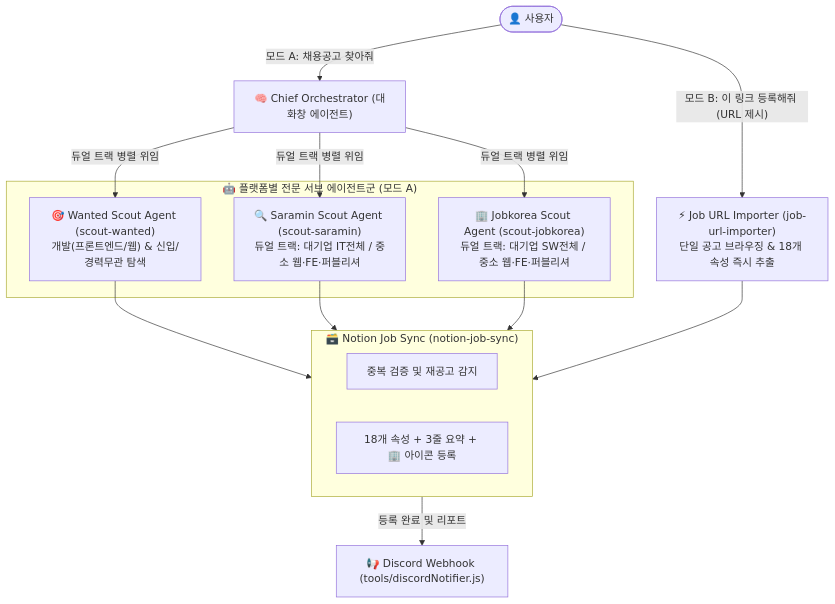
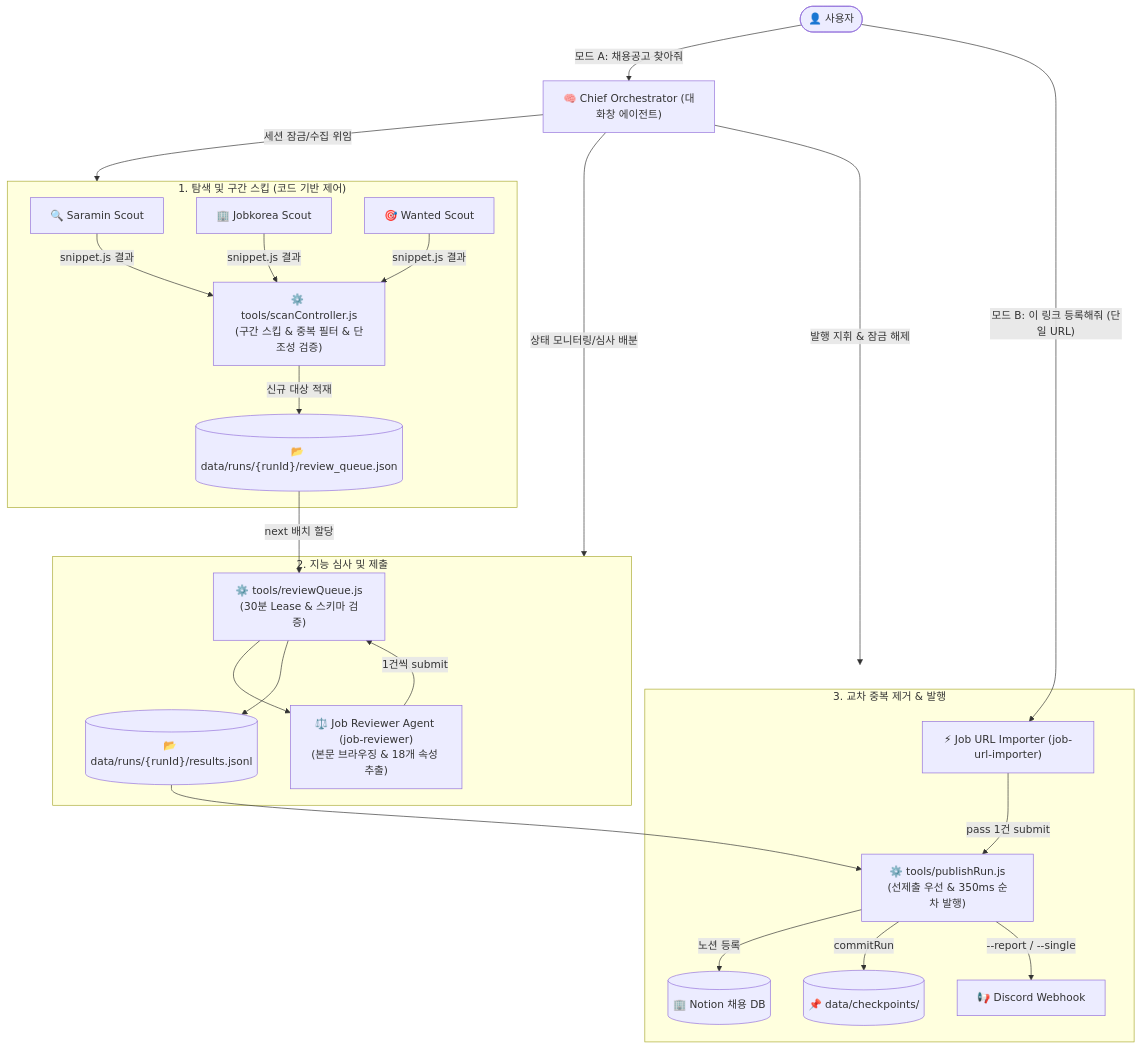
The diagram in AGENTS.md (YeonShin/job-scraping-multi-agent), drawn with Mermaid before and after one commit. The commit also changed other lines of this file and 13 other files, not shown here.

````diff
--- a/AGENTS.md
+++ b/AGENTS.md
@@ -20,27 +26,44 @@
 ```mermaid
 flowchart TD
     User([👤 사용자]) -->|"모드 A: 채용공고 찾아줘"| Orchestrator["🧠 Chief Orchestrator (대화창 에이전트)"]
-    User -->|"모드 B: 이 링크 등록해줘 (URL 제시)"| SingleImporter["⚡ Job URL Importer (job-url-importer)<br/>단일 공고 브라우징 & 18개 속성 즉시 추출"]
+    User -->|"모드 B: 이 링크 등록해줘 (단일 URL)"| SingleImporter["⚡ Job URL Importer (job-url-importer)"]
 
-    subgraph SubAgents ["🤖 플랫폼별 전문 서브 에이전트군 (모드 A)"]
-        WantedAgent["🎯 Wanted Scout Agent (scout-wanted)<br/>개발(프론트엔드/웹) & 신입/경력무관 탐색"]
-        SaraminAgent["🔍 Saramin Scout Agent (scout-saramin)<br/>듀얼 트랙: 대기업 IT전체 / 중소 웹·FE·퍼블리셔"]
-        JobkoreaAgent["🏢 Jobkorea Scout Agent (scout-jobkorea)<br/>듀얼 트랙: 대기업 SW전체 / 중소 웹·FE·퍼블리셔"]
+    subgraph Phase1 ["1. 탐색 및 구간 스킵 (코드 기반 제어)"]
+        ScoutSaramin["🔍 Saramin Scout"]
+        ScoutJobkorea["🏢 Jobkorea Scout"]
+        ScoutWanted["🎯 Wanted Scout"]
+        ScanCtrl["⚙️ tools/scanController.js<br/>(구간 스킵 & 중복 필터 & 단조성 검증)"]
+        ReviewQueueFile[("📂 data/runs/{runId}/review_queue.json")]
+
+        ScoutSaramin -->|snippet.js 결과| ScanCtrl
+        ScoutJobkorea -->|snippet.js 결과| ScanCtrl
+        ScoutWanted -->|snippet.js 결과| ScanCtrl
+        ScanCtrl -->|신규 대상 적재| ReviewQueueFile
     end
 
-    subgraph NotionSkill ["🗃️ Notion Job Sync (notion-job-sync)"]
-        Dedupe["중복 검증 및 재공고 감지"]
-        Publish["18개 속성 + 3줄 요약 + 🏢 아이콘 등록"]
+    subgraph Phase2 ["2. 지능 심사 및 제출"]
+        ReviewerAgent["⚖️ Job Reviewer Agent (job-reviewer)<br/>(본문 브라우징 & 18개 속성 추출)"]
+        QueueTool["⚙️ tools/reviewQueue.js<br/>(30분 Lease & 스키마 검증)"]
+        ResultsFile[("📂 data/runs/{runId}/results.jsonl")]
+
+        ReviewQueueFile -->|next 배치 할당| QueueTool --> ReviewerAgent
+        ReviewerAgent -->|1건씩 submit| QueueTool --> ResultsFile
     end
 
-    Orchestrator -->|"듀얼 트랙 병렬 위임"| WantedAgent
-    Orchestrator -->|"듀얼 트랙 병렬 위임"| SaraminAgent
-    Orchestrator -->|"듀얼 트랙 병렬 위임"| JobkoreaAgent
+    subgraph Phase3 ["3. 교차 중복 제거 & 발행"]
+        PublishRun["⚙️ tools/publishRun.js<br/>(선제출 우선 & 350ms 순차 발행)"]
+        NotionDB[("🏢 Notion 채용 DB")]
+        Checkpoints[("📌 data/checkpoints/")]
+        Discord["📢 Discord Webhook"]
 
-    WantedAgent --> NotionSkill
-    SaraminAgent --> NotionSkill
-    JobkoreaAgent --> NotionSkill
-    SingleImporter --> NotionSkill
+        ResultsFile --> PublishRun
+        SingleImporter -->|pass 1건 submit| PublishRun
+        PublishRun -->|노션 등록| NotionDB
+        PublishRun -->|commitRun| Checkpoints
+        PublishRun -->|--report / --single| Discord
+    end
 
-    NotionSkill -->|"등록 완료 및 리포트"| Discord["📢 Discord Webhook (tools/discordNotifier.js)"]
+    Orchestrator -->|세션 잠금/수집 위임| Phase1
+    Orchestrator -->|상태 모니터링/심사 배분| Phase2
+    Orchestrator -->|발행 지휘 & 잠금 해제| Phase3
 ```
````
